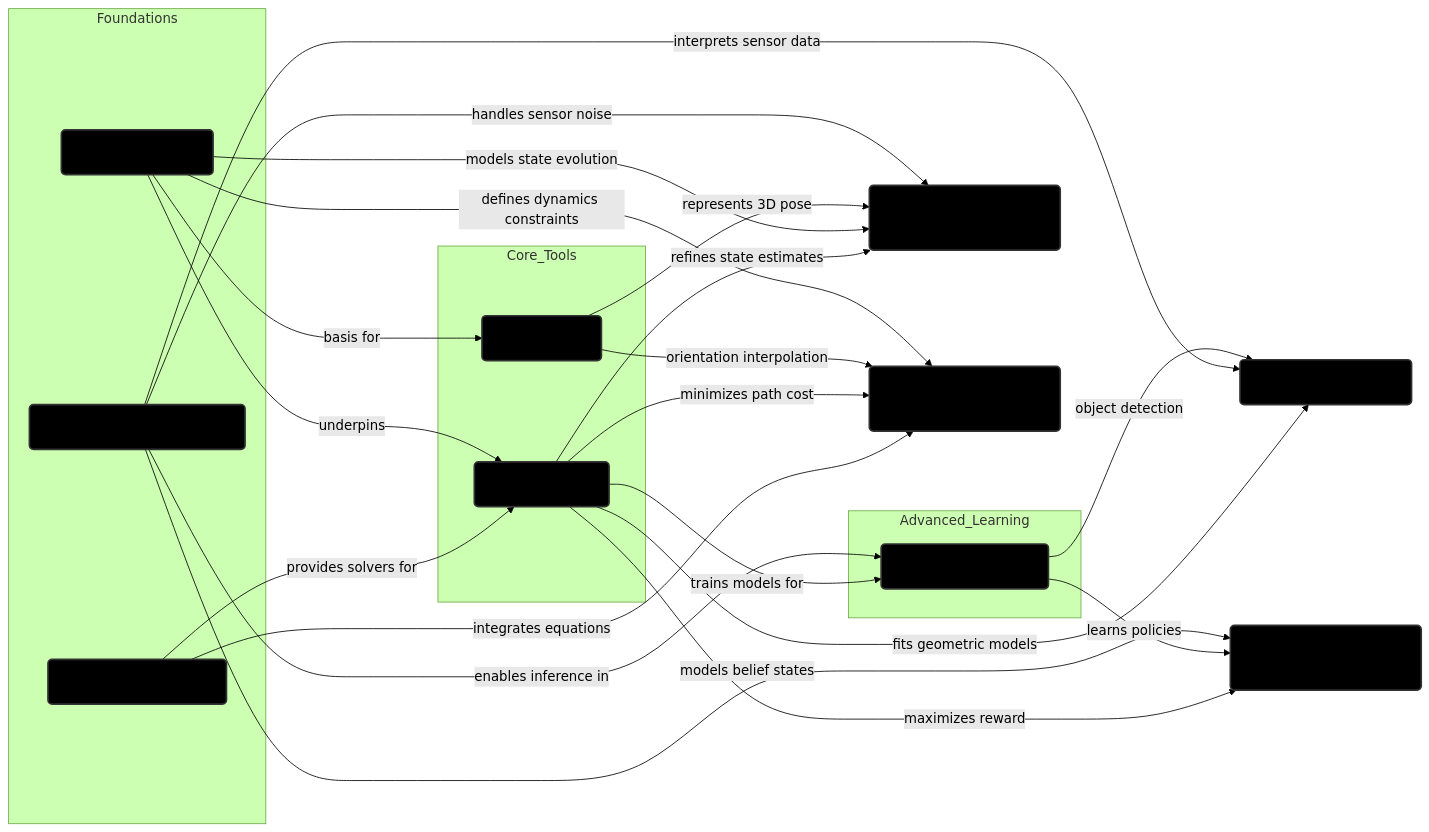
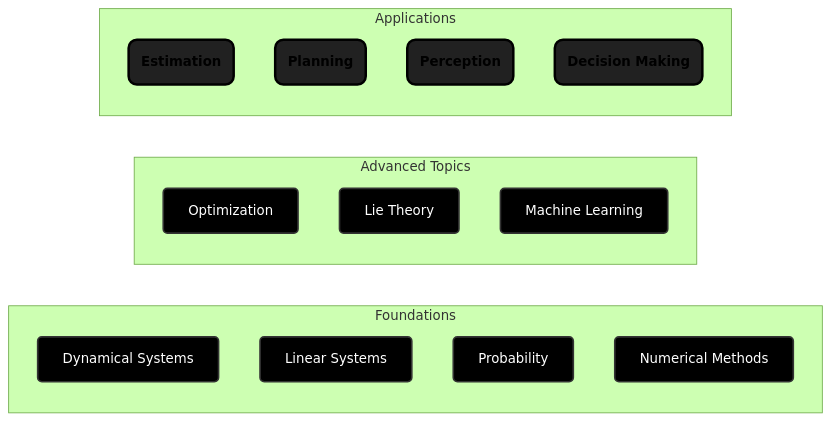
The diagram in src/mathematics-for-autonomous-systems/index.md (Mitchelldscott/robotics-handbook), drawn with Mermaid (forest theme) before and after one commit. The commit also changed other lines of this file and 7 other files, not shown here.

````diff
--- a/src/mathematics-for-autonomous-systems/index.md
+++ b/src/mathematics-for-autonomous-systems/index.md
@@ -12,59 +12,31 @@
 ```mermaid
-%% TITLE: FIGURE 1: Interconnected Mathematical Subject Domains in Robotics
+%% TITLE: FIGURE 1: Simplified Robotics Domain Map
 graph LR
-%% Define Node Styles for Readability
-classDef subject fill:#000000,stroke:#333,stroke-width:2px,rx:5,ry:5;
-classDef hub fill:#e1e1e1,stroke:#000,stroke-width:3px,rx:10,ry:10,font-weight:bold;
+%% Define Node Styles
+classDef subject fill:#000000,stroke:#333,stroke-width:2px,rx:5,ry:5,color:#fff;
+classDef hub fill:#212121,stroke:#000,stroke-width:3px,rx:10,ry:10,font-weight:bold;
 
-%% Math Subjects (Left/Center - The Foundation)
+%% 1. The Math Basics
 subgraph Foundations
+    DS[Dynamical Systems]:::subject
     LS[Linear Systems]:::subject
-    PROB[Probability & Information]:::subject
+    PROB[Probability]:::subject
     NUM[Numerical Methods]:::subject
 end
 
-subgraph Core_Tools
+%% 2. The Advanced Toolset
+subgraph Advanced Topics
     OPT[Optimization]:::subject
     LIE[Lie Theory]:::subject
-end
-
-subgraph Advanced_Learning
     ML[Machine Learning]:::subject
 end
 
-%% Robotics Hubs (Center/Right - The Applications)
-EST(Estimation & Localization):::subject
-PLAN(Trajectory Planning & Control):::subject
-PERC(Perception & Learning):::subject
-DEC(Decision-Making Under Uncertainty):::subject
+%% 3. The Robotic Capabilities
+subgraph Applications
+    EST(Estimation):::hub
+    PLAN(Planning):::hub
+    PERC(Perception):::hub
+    DEC(Decision Making):::hub
+end
 
-%% Math-to-Math Dependencies
-LS -->|underpins| OPT
-NUM -->|provides solvers for| OPT
-LS -->|basis for| LIE
-PROB -->|enables inference in| ML
-OPT -->|trains models for| ML
-
-%% Math-to-Hub Connections
-%% Estimation & Localization Connections
-PROB -->|handles sensor noise| EST
-LIE -->|represents 3D pose| EST
-LS -->|models state evolution| EST
-OPT -->|refines state estimates| EST
-
-%% Trajectory Planning Connections
-LS -->|defines dynamics constraints| PLAN
-LIE -->|orientation interpolation| PLAN
-OPT -->|minimizes path cost| PLAN
-NUM -->|integrates equations| PLAN
-
-%% Perception & Learning Connections
-ML -->|object detection| PERC
-PROB -->|interprets sensor data| PERC
-OPT -->|fits geometric models| PERC
-
-%% Decision-Making Connections
-PROB -->|models belief states| DEC
-ML -->|learns policies| DEC
-OPT -->|maximizes reward| DEC
 ```
````
